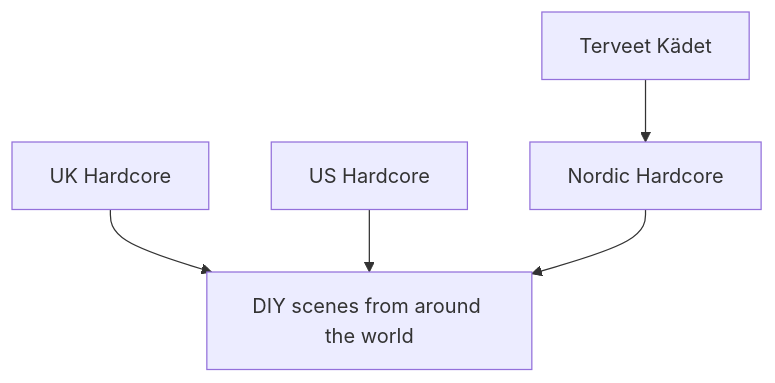
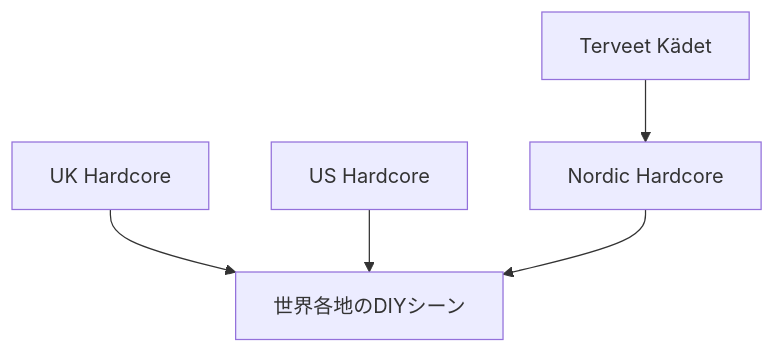
Diagram 12 of 13 in en/_posts/2026-07-13-column-terveet-kadet.md (monumental-movement/monumental-movement.github.io), drawn with Mermaid before and after one commit. The commit also changed other lines of this file and 2196 other files, not shown here.

```diff
--- a/en/_posts/2026-07-13-column-terveet-kadet.md
+++ b/en/_posts/2026-07-13-column-terveet-kadet.md
@@ -652,14 +651,14 @@
 <div class="mermaid">
 graph TD
 A["UK Hardcore"]
 B["US Hardcore"]
 C["Terveet Kädet"]
 D["Nordic Hardcore"]
-E["DIY scenes from around the world"]
+E["世界各地のDIYシーン"]
 
 A --> E
 B --> E
 C --> D
 D --> E
 
 </div>
```
